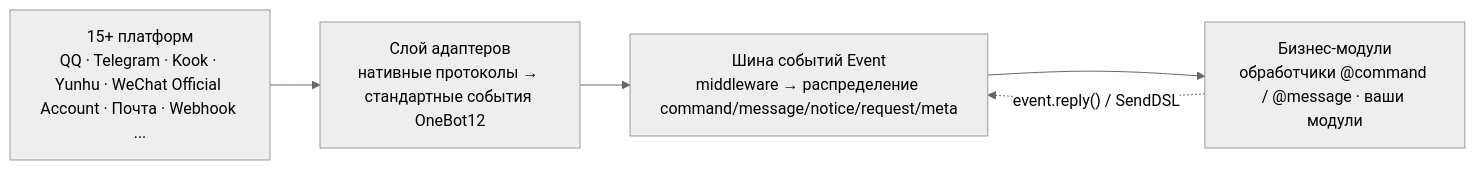
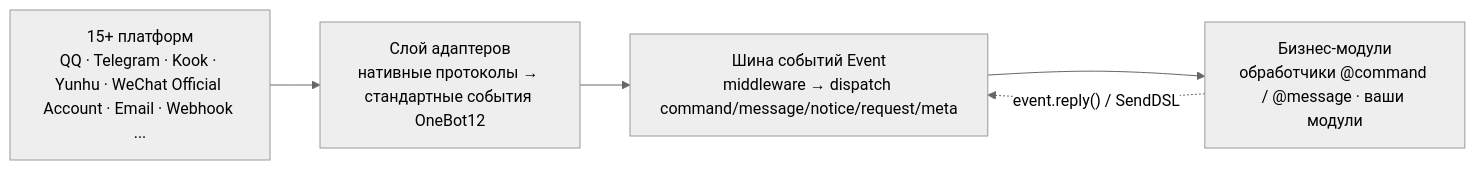
One commit to ErisPulse/ErisPulse changed the first of 2 diagrams in README.ru.md. Above: the diagram before and after it, drawn with Mermaid (neutral theme). The commit also changed other lines of this file and 11 other files, not shown here.

````diff
--- a/README.ru.md
+++ b/README.ru.md
@@ -111,9 +111,9 @@
 ```mermaid
 graph LR
-    P["15+ платформ<br/>QQ · Telegram · Kook · Yunhu · WeChat Official Account · Почта · Webhook ..."]
+    P["15+ платформ<br/>QQ · Telegram · Kook · Yunhu · WeChat Official Account · Email · Webhook ..."]
     A["Слой адаптеров<br/>нативные протоколы → стандартные события OneBot12"]
-    Event["Шина событий Event<br/>middleware → распределение command/message/notice/request/meta"]
+    Event["Шина событий Event<br/>middleware → dispatch command/message/notice/request/meta"]
     M["Бизнес-модули<br/>обработчики @command / @message · ваши модули"]
     P --> A --> Event --> M
     M -.->|"event.reply() / SendDSL"| Event
 ```
````
